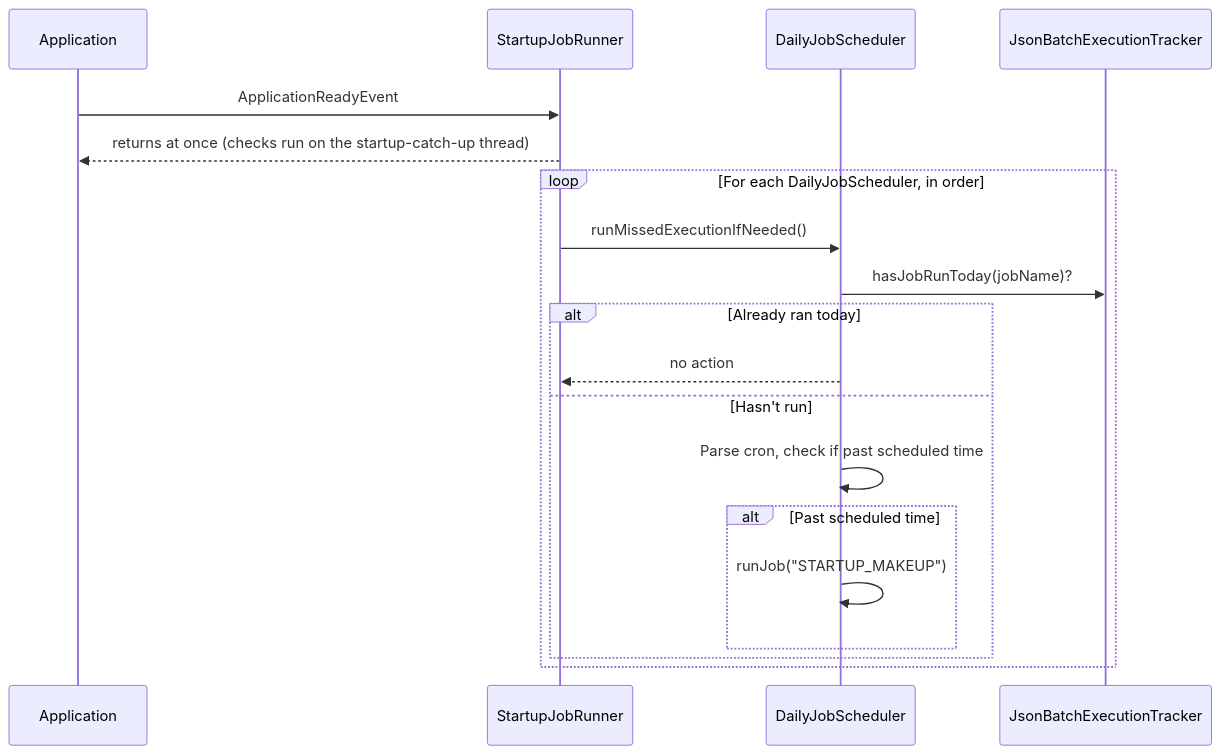
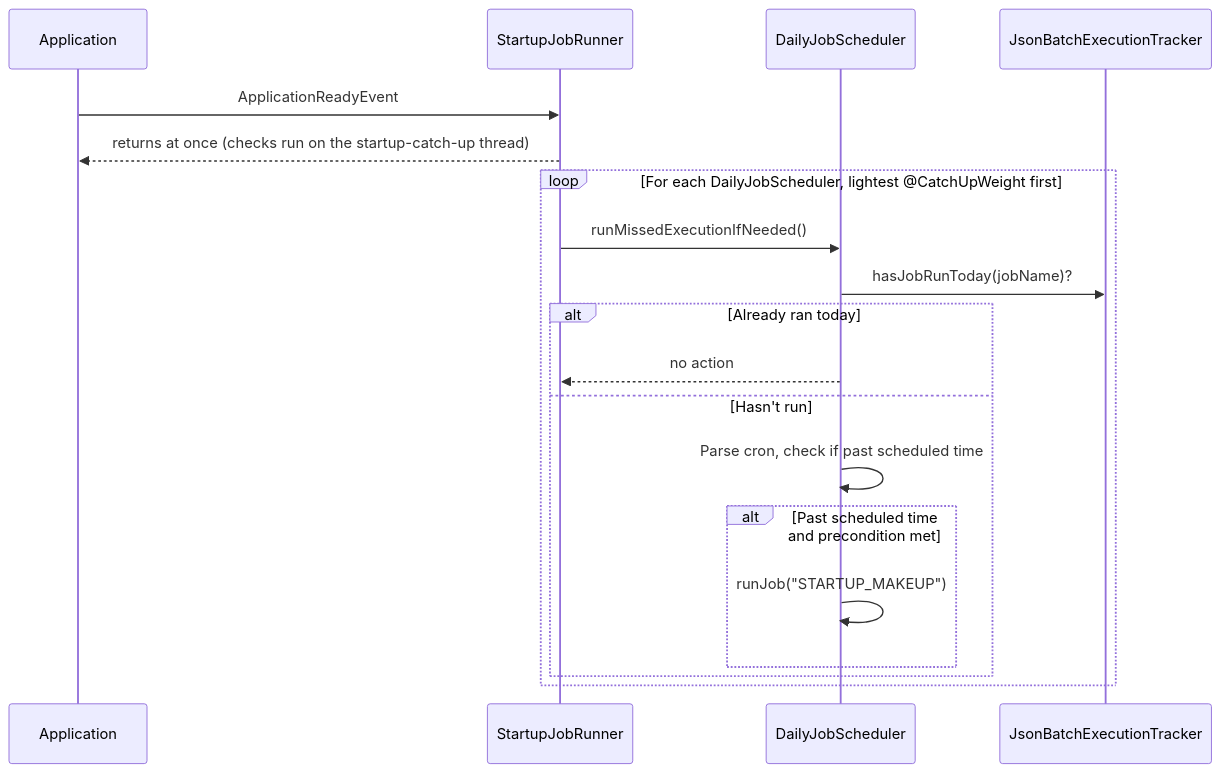
One commit to KKDad/ComicCacher changed the second of 2 diagrams in docs/design/batch-jobs.md. Above: the diagram before and after it, drawn with Mermaid. The commit also changed other lines of this file and 8 other files, not shown here.

First line of the commit message:
Weight ComicDownloadJob's makeup run; apply preconditions to makeup runs

````diff
--- a/docs/design/batch-jobs.md
+++ b/docs/design/batch-jobs.md
@@ -285,22 +285,22 @@
 ```mermaid
 sequenceDiagram
     participant App as Application
     participant SJR as StartupJobRunner
     participant DJS as DailyJobScheduler
     participant JBET as JsonBatchExecutionTracker
 
     App->>SJR: ApplicationReadyEvent
     SJR-->>App: returns at once (checks run on the startup-catch-up thread)
-    loop For each DailyJobScheduler, in order
+    loop For each DailyJobScheduler, lightest @CatchUpWeight first
         SJR->>DJS: runMissedExecutionIfNeeded()
         DJS->>JBET: hasJobRunToday(jobName)?
         alt Already ran today
             DJS-->>SJR: no action
         else Hasn't run
             DJS->>DJS: Parse cron, check if past scheduled time
-            alt Past scheduled time
+            alt Past scheduled time and precondition met
                 DJS->>DJS: runJob("STARTUP_MAKEUP")
             end
         end
     end
 ```
````
